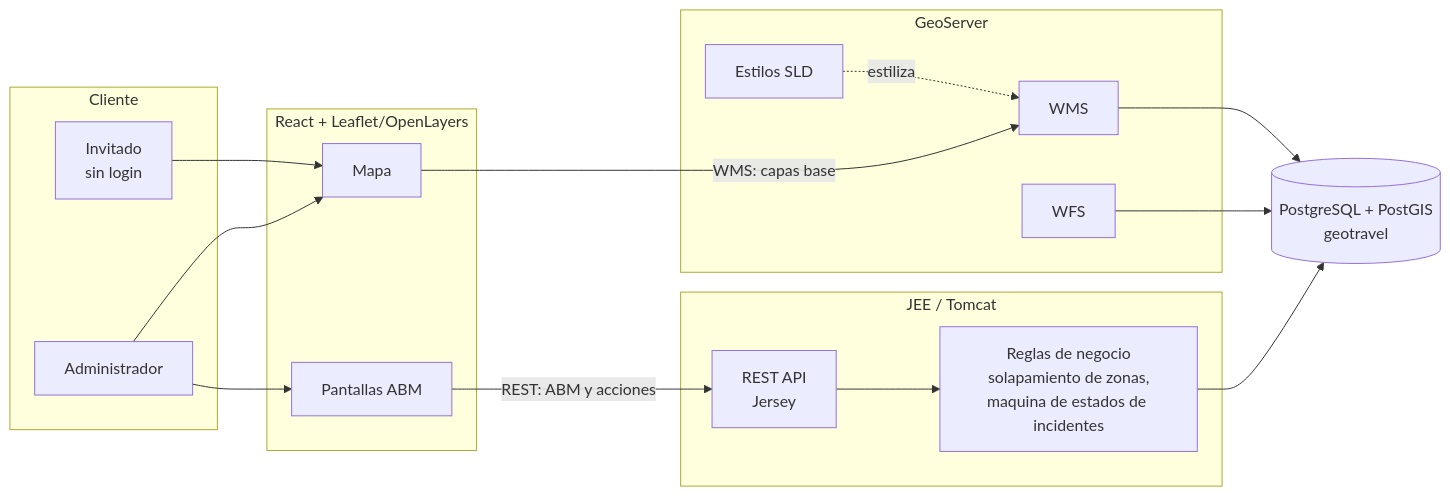
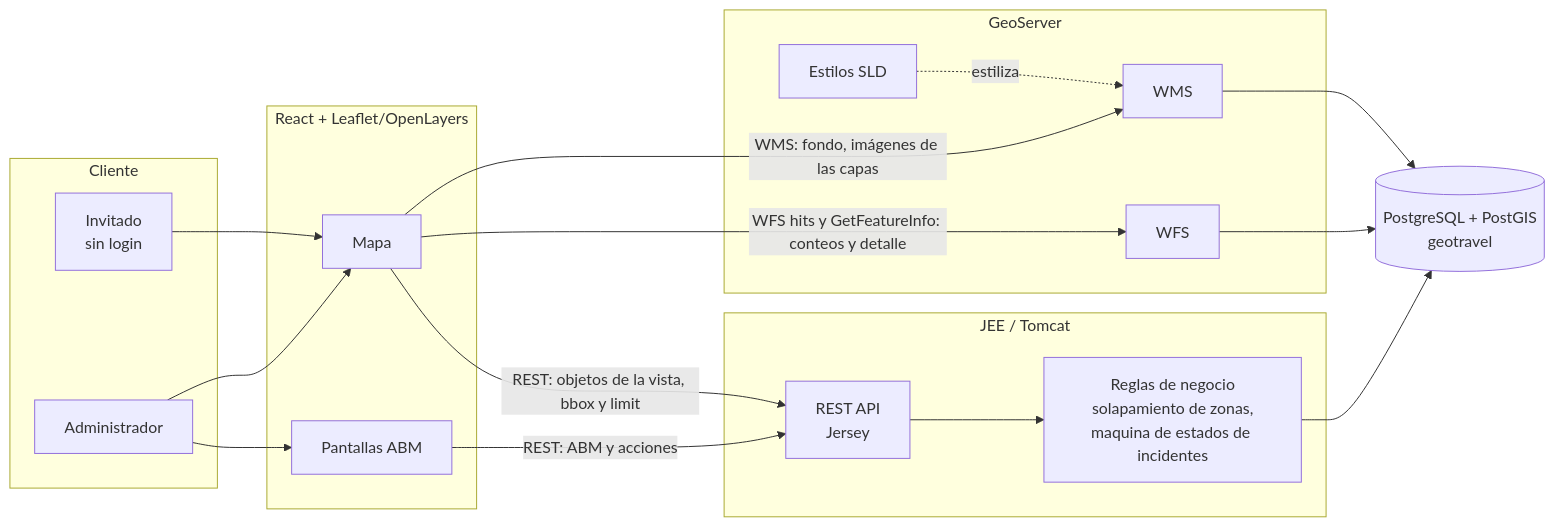
The first of 3 diagrams in docs/diagramas/arquitectura.md (Facu185/geotravel), drawn with Mermaid before and after one commit. The commit also changed other lines of this file and 2 other files, not shown here.

````diff
--- a/docs/diagramas/arquitectura.md
+++ b/docs/diagramas/arquitectura.md
@@ -3,37 +3,39 @@
 ```mermaid
 flowchart LR
     subgraph Cliente
         Invitado[Invitado<br/>sin login]
         Admin[Administrador]
     end
 
     subgraph Frontend[React + Leaflet/OpenLayers]
         Mapa[Mapa]
         ABM[Pantallas ABM]
     end
 
     subgraph Backend[JEE / Tomcat]
         API[REST API<br/>Jersey]
         Reglas[Reglas de negocio<br/>solapamiento de zonas,<br/>maquina de estados de incidentes]
     end
 
     subgraph GeoServer
         WMS[WMS]
         WFS[WFS]
         SLD[Estilos SLD]
     end
 
     DB[(PostgreSQL + PostGIS<br/>geotravel)]
 
     Invitado --> Mapa
     Admin --> Mapa
     Admin --> ABM
 
-    Mapa -->|WMS: capas base| WMS
+    Mapa -->|WMS: fondo, imágenes de las capas| WMS
+    Mapa -->|WFS hits y GetFeatureInfo: conteos y detalle| WFS
+    Mapa -->|REST: objetos de la vista, bbox y limit| API
     ABM -->|REST: ABM y acciones| API
 
     API --> Reglas --> DB
     WMS --> DB
     WFS --> DB
     SLD -.estiliza.-> WMS
 ```
````
